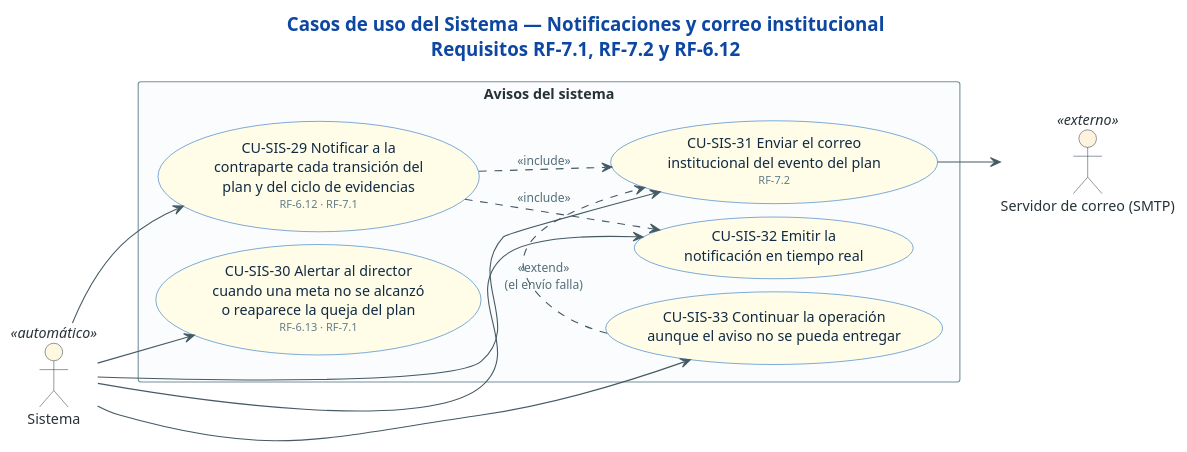
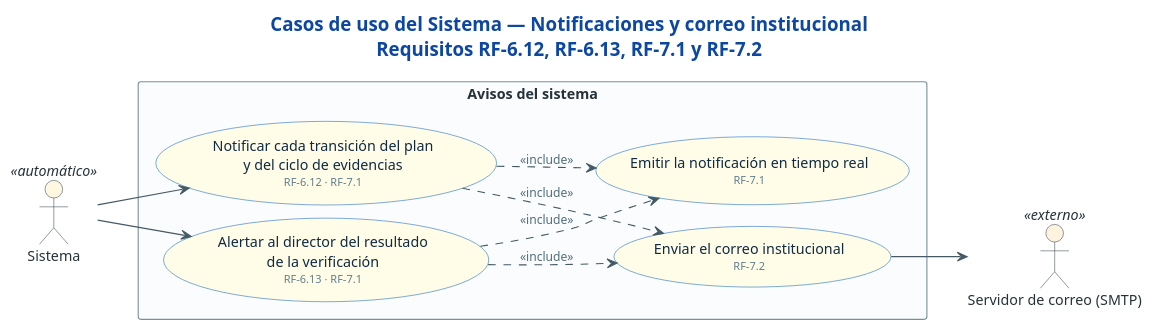
Before and after one commit to sistema-evaluacion-docente/api.evd: the diagram in docs/casos-de-uso/19-sistema-avisos-y-correo.puml, drawn with PlantUML. The commit also changed 20 other files, not shown here.

First line of the commit message:
style: change use case diagrams for clarity and consistency

```diff
--- a/docs/casos-de-uso/19-sistema-avisos-y-correo.puml
+++ b/docs/casos-de-uso/19-sistema-avisos-y-correo.puml
@@ -1,64 +1,58 @@
-@startuml cu-53-sistema-avisos-y-correo
+@startuml cu-19-sistema-avisos-y-correo
 ' =============================================================================
 ' Sistema de Evaluación Docente (SET) — UFPS
 ' Fuente: Tabla 36 (actores) y Tabla 37 (requisitos funcionales) del documento de
 '         tesis, con la implementación de DistilUmbert-back y DistilUmbert-front.
-' Especificación de cada caso de uso: docs/casos-de-uso/README.md
 ' =============================================================================
-title Casos de uso del Sistema — Notificaciones y correo institucional\nRequisitos RF-7.1, RF-7.2 y RF-6.12
+title Casos de uso del Sistema — Notificaciones y correo institucional\nRequisitos RF-6.12, RF-6.13, RF-7.1 y RF-7.2
 
 left to right direction
 
 skinparam backgroundColor #FFFFFF
 skinparam shadowing false
 skinparam defaultFontSize 13
 skinparam TitleFontSize 17
 skinparam TitleFontColor #0D47A1
 skinparam ArrowColor #455A64
 skinparam ArrowFontColor #546E7A
 skinparam ArrowFontSize 11
 skinparam nodesep 12
 skinparam ranksep 40
-' Descomenta la línea siguiente para aristas ortogonales (requiere Graphviz).
-' skinparam linetype ortho
 skinparam actor {
   BackgroundColor #ECEFF1
   BorderColor #37474F
   FontColor #263238
 }
 skinparam usecase {
   BackgroundColor #E3F2FD
   BorderColor #1565C0
   FontColor #102A43
 }
 skinparam rectangle {
   BackgroundColor #FAFCFD
   BorderColor #78909C
   FontColor #263238
   FontStyle bold
 }
 
 actor "Sistema" as SYS <<automático>> #FFF8E1
 actor "Servidor de correo (SMTP)" as SMTP <<externo>> #FFF3E0
 
 rectangle "Avisos del sistema" {
-  usecase "CU-SIS-29 Notificar a la\ncontraparte cada transición del\nplan y del ciclo de evidencias\n<size:10><color:#607D8B>RF-6.12 · RF-7.1</color></size>" as S29 #FFFDE7
-  usecase "CU-SIS-30 Alertar al director\ncuando una meta no se alcanzó\no reaparece la queja del plan\n<size:10><color:#607D8B>RF-6.13 · RF-7.1</color></size>" as S30 #FFFDE7
-  usecase "CU-SIS-31 Enviar el correo\ninstitucional del evento del plan\n<size:10><color:#607D8B>RF-7.2</color></size>" as S31 #FFFDE7
-  usecase "CU-SIS-32 Emitir la\nnotificación en tiempo real" as S32 #FFFDE7
-  usecase "CU-SIS-33 Continuar la operación\naunque el aviso no se pueda entregar" as S33 #FFFDE7
+  usecase "Notificar cada transición del plan\ny del ciclo de evidencias\n<size:10><color:#607D8B>RF-6.12 · RF-7.1</color></size>" as S29 #FFFDE7
+  usecase "Alertar al director del resultado\nde la verificación\n<size:10><color:#607D8B>RF-6.13 · RF-7.1</color></size>" as S30 #FFFDE7
+  usecase "Enviar el correo institucional\n<size:10><color:#607D8B>RF-7.2</color></size>" as S31 #FFFDE7
+  usecase "Emitir la notificación en tiempo real\n<size:10><color:#607D8B>RF-7.1</color></size>" as S32 #FFFDE7
 }
 
 SYS --> S29
 SYS --> S30
-SYS --> S31
-SYS --> S32
-SYS --> S33
+
+S29 ..> S31 : <<include>>
+S29 ..> S32 : <<include>>
+S30 ..> S31 : <<include>>
+S30 ..> S32 : <<include>>
 
 S31 --> SMTP
 
-S29 ..> S32 : <<include>>
-S29 ..> S31 : <<include>>
-S33 .> S31 : <<extend>>\n(el envío falla)
-
 @enduml
```
